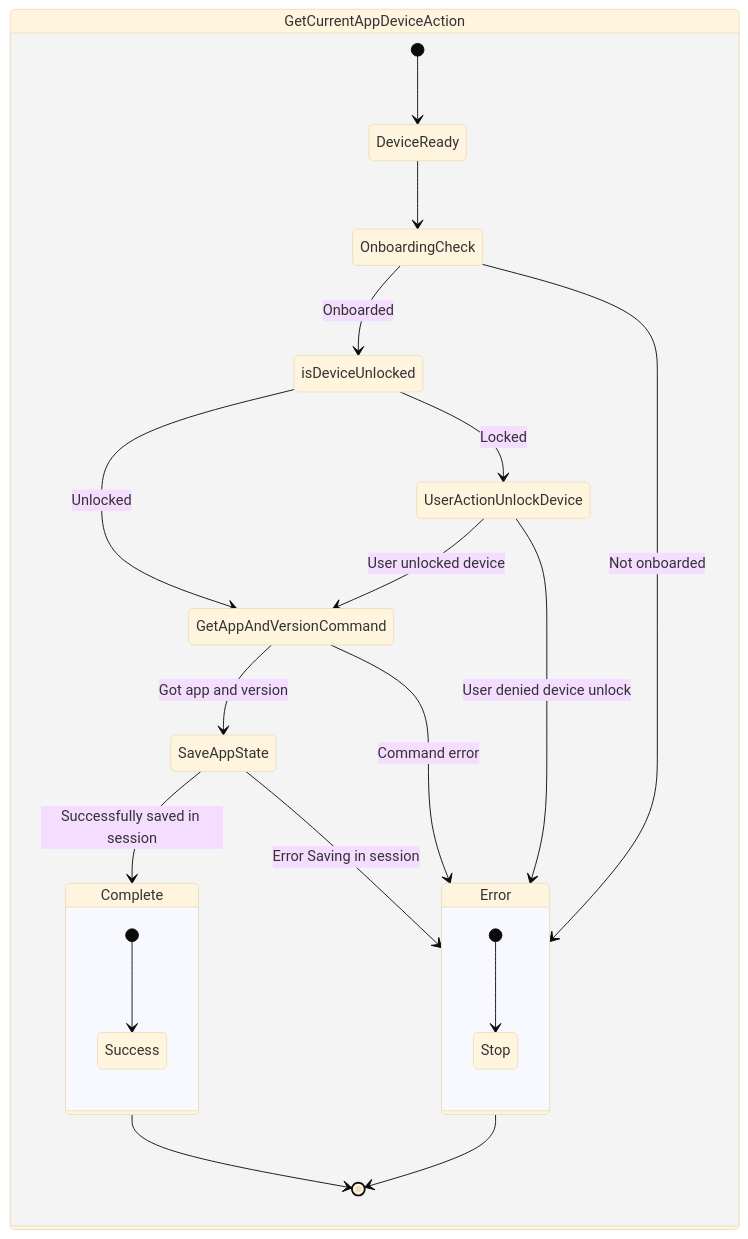
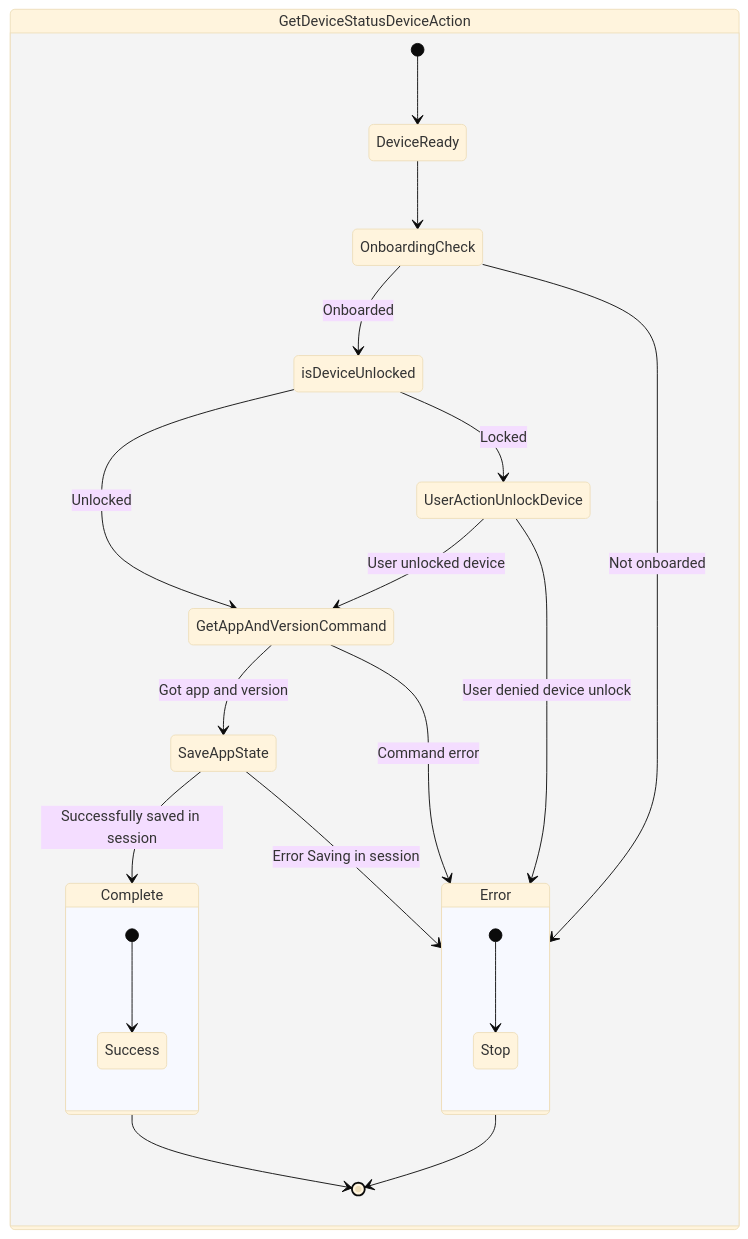
One commit to LedgerHQ/device-sdk-ts changed the first of 4 diagrams in packages/core/doc/DeviceActionStateGraph.md. Above: the diagram before and after it, drawn with Mermaid (base theme). The commit also changed other lines of this file and 7 other files, not shown here.

Commit message:
✨ (core): Device action: add GetDeviceStatus

````diff
--- a/packages/core/doc/DeviceActionStateGraph.md
+++ b/packages/core/doc/DeviceActionStateGraph.md
@@ -19,27 +19,27 @@
 ```mermaid
 stateDiagram-v2
-state GetCurrentAppDeviceAction {
+state GetDeviceStatusDeviceAction {
   [*] --> DeviceReady
   DeviceReady --> OnboardingCheck
   OnboardingCheck --> isDeviceUnlocked: Onboarded
   OnboardingCheck --> Error: Not onboarded
   isDeviceUnlocked --> GetAppAndVersionCommand: Unlocked
   isDeviceUnlocked --> UserActionUnlockDevice: Locked
   UserActionUnlockDevice --> Error: User denied device unlock
   UserActionUnlockDevice --> GetAppAndVersionCommand: User unlocked device
   GetAppAndVersionCommand --> SaveAppState: Got app and version
   GetAppAndVersionCommand --> Error: Command error
   SaveAppState --> Complete: Successfully saved in session
   SaveAppState --> Error: Error Saving in session
   Complete --> [*]
   Error --> [*]
   
   state Complete {
     [*] --> Success
   }
   
   state Error {
     [*] --> Stop
   }
 }
 ```
````
